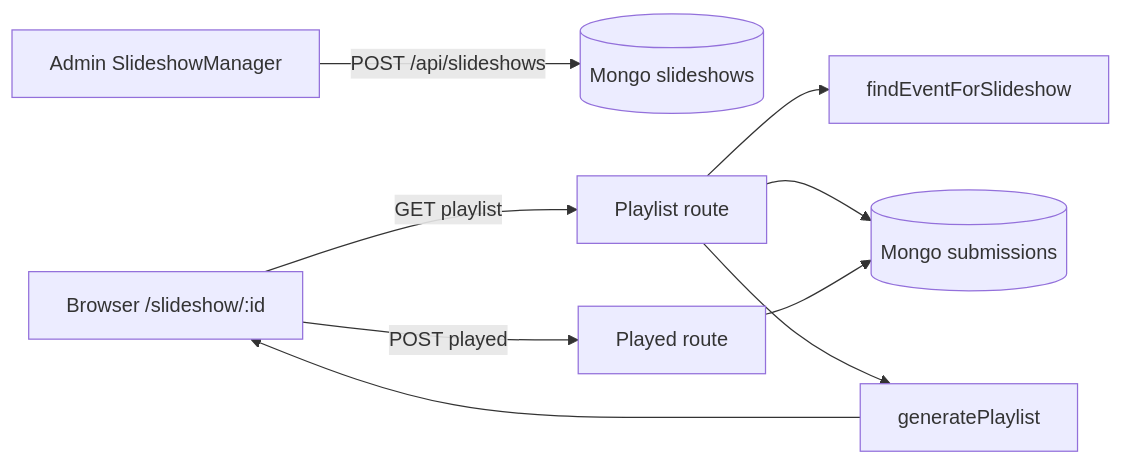
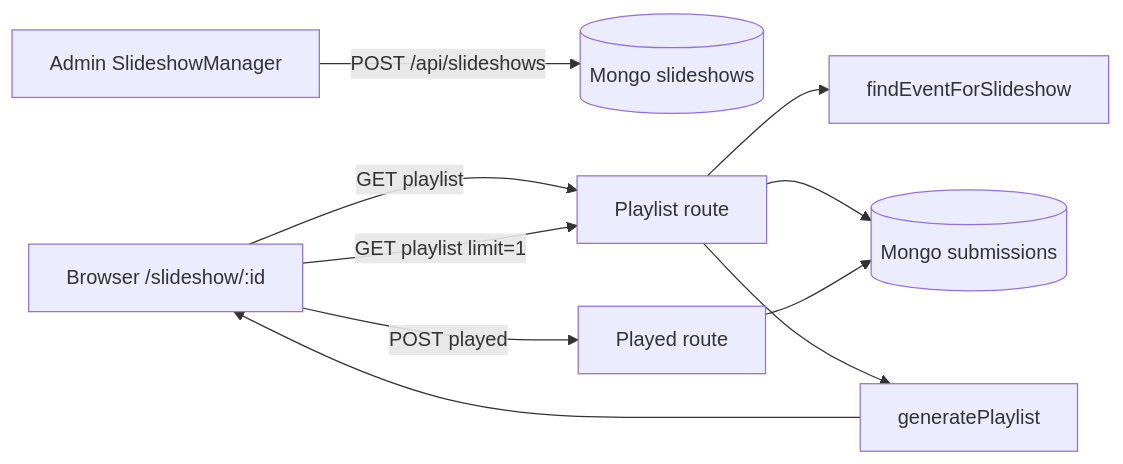
The diagram in docs/SLIDESHOW_LOGIC.md (moldovancsaba/camera), drawn with Mermaid before and after one commit. The commit also changed other lines of this file and 13 other files, not shown here.

````diff
--- a/docs/SLIDESHOW_LOGIC.md
+++ b/docs/SLIDESHOW_LOGIC.md
@@ -199,11 +213,12 @@
 ```mermaid
 flowchart LR
   Admin[Admin SlideshowManager] -->|POST /api/slideshows| DB[(Mongo slideshows)]
   Player["Browser /slideshow/:id"] -->|GET playlist| PL[Playlist route]
   PL --> EV[findEventForSlideshow]
   PL --> SUB[(Mongo submissions)]
   PL --> GEN[generatePlaylist]
   GEN --> Player
+  Player -->|GET playlist limit=1| PL
   Player -->|POST played| PC[Played route]
   PC --> SUB
 ```
````
